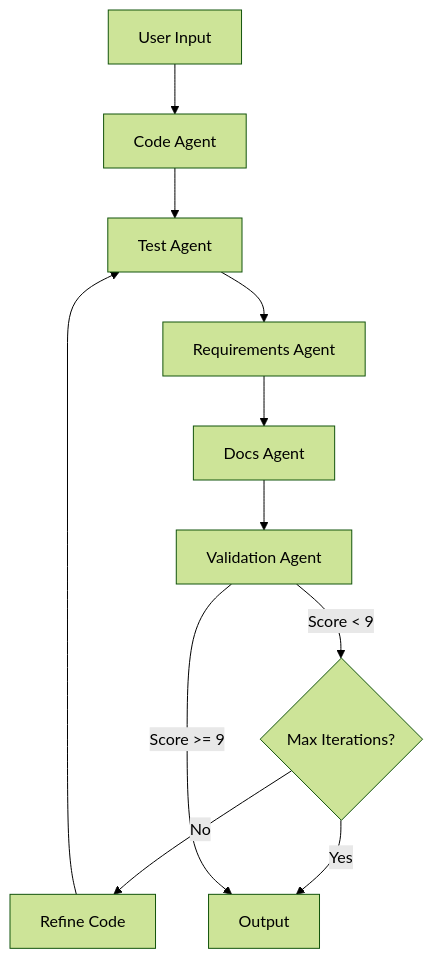
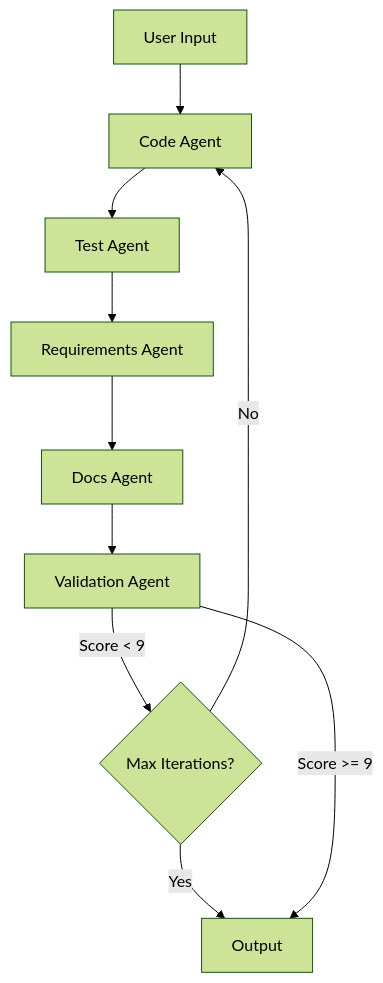
One commit to ghantasala-sr/DAMG-7374-GenAI-with-LLM---Spring-2026 changed the second of 2 diagrams in Lab_Session_1_Chaining_Feedback/readme.md. Above: the diagram before and after it, drawn with Mermaid (forest theme). The commit also changed other lines of this file, not shown here.

````diff
--- a/Lab_Session_1_Chaining_Feedback/readme.md
+++ b/Lab_Session_1_Chaining_Feedback/readme.md
@@ -51,13 +49,12 @@
 ```mermaid
 graph TD
     A[User Input] --> B[Code Agent]
     B --> C[Test Agent]
     C --> D[Requirements Agent]
     D --> E[Docs Agent]
     E --> F[Validation Agent]
     F -->|Score < 9| G{Max Iterations?}
-    G -->|No| H[Refine Code]
-    H --> C
-    G -->|Yes| I[Output]
-    F -->|Score >= 9| I
+    G -->|No| B
+    G -->|Yes| H[Output]
+    F -->|Score >= 9| H
 ```
````
